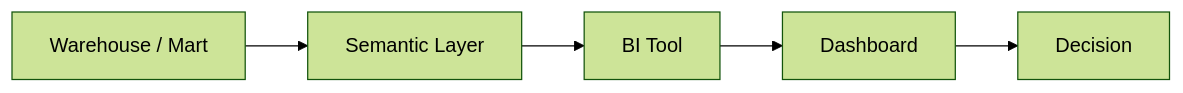
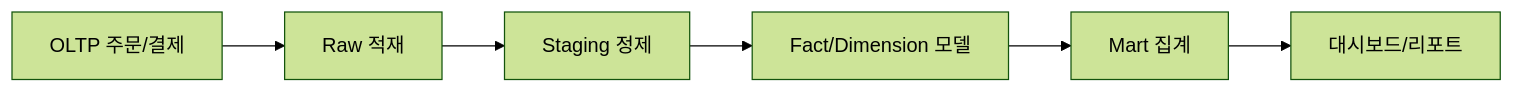
Before and after one commit to yeongseon-books/book-content: the first of 3 diagrams in docs/ko/data-warehouse-101/07-bi-and-dashboard.md, drawn with Mermaid (forest theme). The commit also changed other lines of this file and 4143 other files, not shown here.

````diff
--- a/docs/ko/data-warehouse-101/07-bi-and-dashboard.md
+++ b/docs/ko/data-warehouse-101/07-bi-and-dashboard.md
@@ -35,7 +352,8 @@
 ```mermaid
 flowchart LR
-    DW["Warehouse / Mart"] --> Semantic["Semantic Layer"]
-    Semantic --> BI["BI Tool"]
-    BI --> Dashboard["Dashboard"]
-    Dashboard --> Decision["Decision"]
+    A["OLTP 주문/결제"] --> B["Raw 적재"]
+    B --> C["Staging 정제"]
+    C --> D["Fact/Dimension 모델"]
+    D --> E["Mart 집계"]
+    E --> F["대시보드/리포트"]
 ```
````
